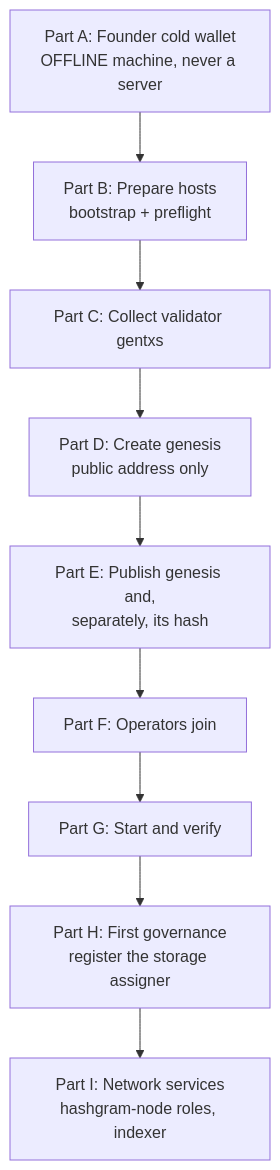
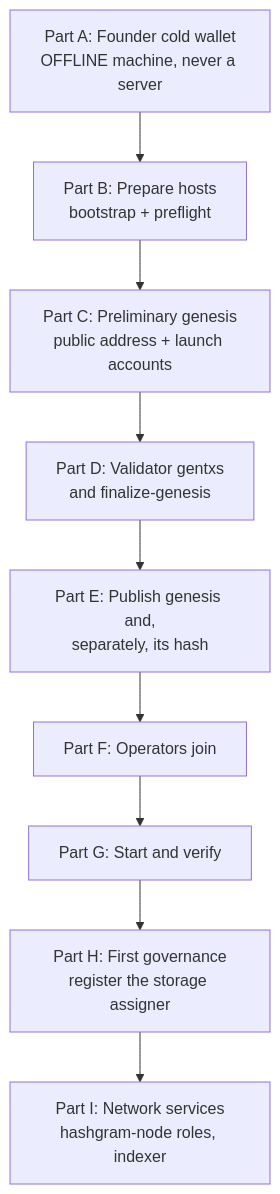
The diagram in docs/FOUNDER_LAUNCH_RUNBOOK.md (deepdrogo/hashgram), drawn with Mermaid before and after one commit. The commit also changed other lines of this file and 10 other files, not shown here.

First line of the commit message:
genesis: launch accounts, finalize-genesis, and a node home the service can read

````diff
--- a/docs/FOUNDER_LAUNCH_RUNBOOK.md
+++ b/docs/FOUNDER_LAUNCH_RUNBOOK.md
@@ -27,11 +27,11 @@
 ```mermaid
 flowchart TD
     A["Part A: Founder cold wallet<br/>OFFLINE machine, never a server"] --> B["Part B: Prepare hosts<br/>bootstrap + preflight"]
-    B --> C["Part C: Collect validator gentxs"]
-    C --> D["Part D: Create genesis<br/>public address only"]
+    B --> C["Part C: Preliminary genesis<br/>public address + launch accounts"]
+    C --> D["Part D: Validator gentxs<br/>and finalize-genesis"]
     D --> E["Part E: Publish genesis and,<br/>separately, its hash"]
     E --> F["Part F: Operators join"]
     F --> G["Part G: Start and verify"]
     G --> H["Part H: First governance<br/>register the storage assigner"]
     H --> I["Part I: Network services<br/>hashgram-node roles, indexer"]
 ```
````
